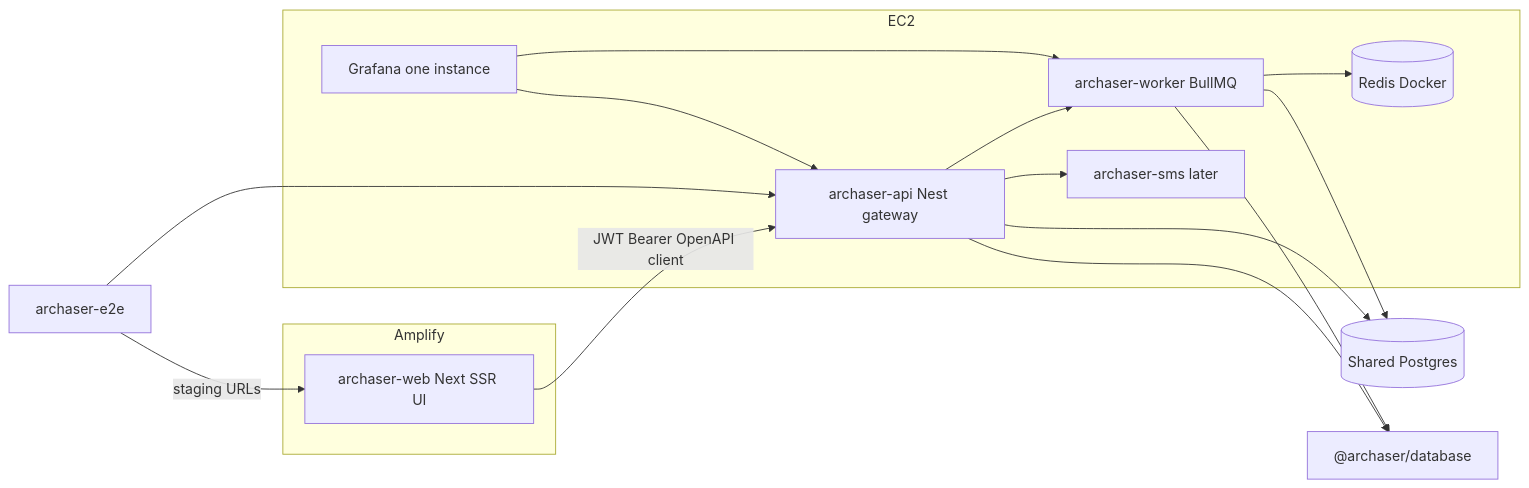
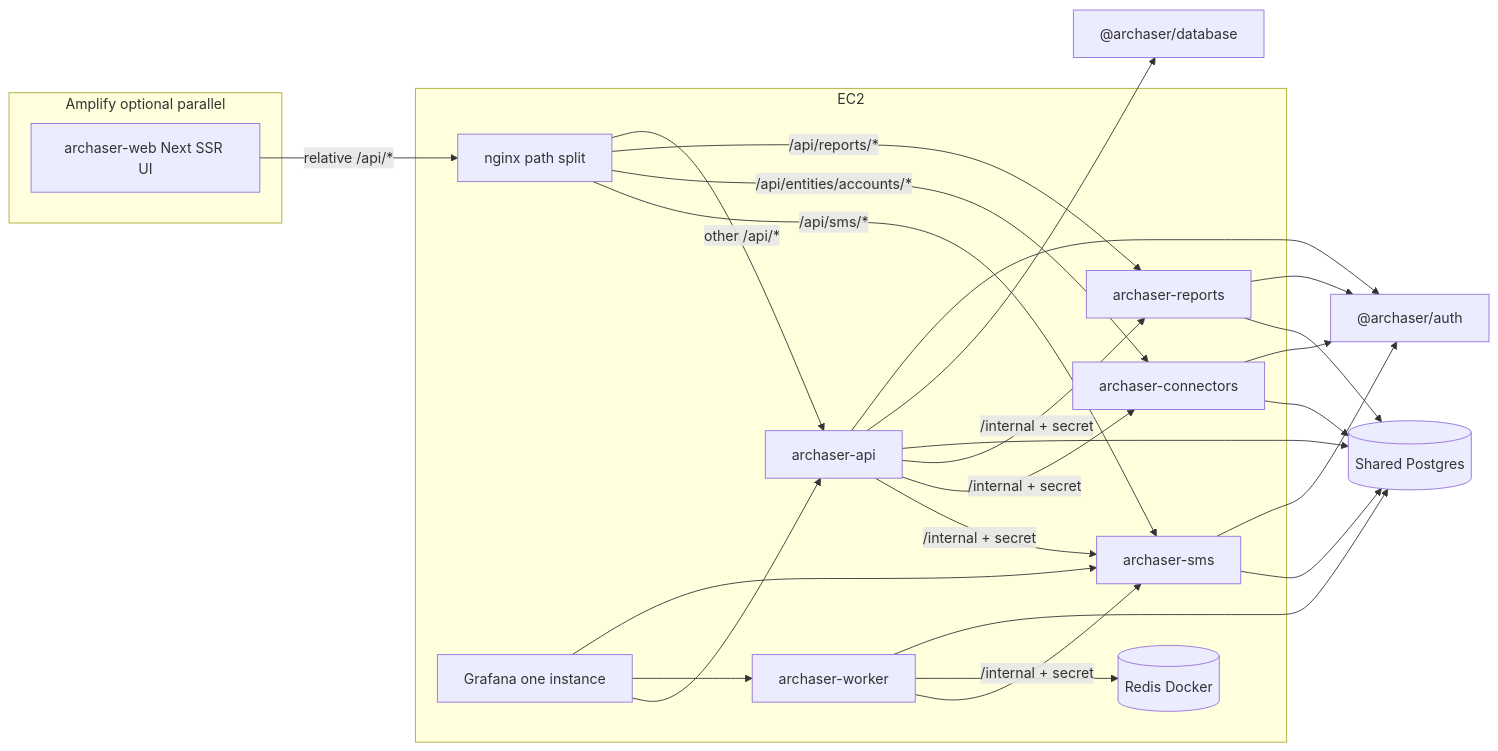
The diagram in .cursor/plans/nest_microservice_migration_a9cacddc.plan.md (archaser-support/archaser-backend), drawn with Mermaid before and after one commit. The commit also changed other lines of this file and 626 other files, not shown here.

First line of the commit message:
Add SMS and Connectors services to Docker configuration and update package dependencies

````diff
--- a/.cursor/plans/nest_microservice_migration_a9cacddc.plan.md
+++ b/.cursor/plans/nest_microservice_migration_a9cacddc.plan.md
@@ -36,28 +50,42 @@
 ```mermaid
 flowchart LR
-  subgraph amplify [Amplify]
+  subgraph amplify [Amplify optional parallel]
     Web[archaser-web Next SSR UI]
   end
   subgraph ec2 [EC2]
-    Api[archaser-api Nest gateway]
-    Worker[archaser-worker BullMQ]
-    Sms[archaser-sms later]
+    Nginx[nginx path split]
+    Api[archaser-api]
+    Worker[archaser-worker]
+    Sms[archaser-sms]
+    Conn[archaser-connectors]
+    Rep[archaser-reports]
     Redis[(Redis Docker)]
     Graf[Grafana one instance]
   end
   DB[(Shared Postgres)]
-  E2E[archaser-e2e]
-  Pkg["@archaser/database"]
-  Web -->|JWT Bearer OpenAPI client| Api
-  Api --> Worker
-  Api --> Sms
+  PkgDb["@archaser/database"]
+  PkgAuth["@archaser/auth"]
+  Web -->|relative /api/*| Nginx
+  Nginx -->|/api/sms/*| Sms
+  Nginx -->|/api/entities/accounts/*| Conn
+  Nginx -->|/api/reports/*| Rep
+  Nginx -->|other /api/*| Api
+  Api -->|/internal + secret| Sms
+  Api -->|/internal + secret| Conn
+  Api -->|/internal + secret| Rep
+  Worker -->|/internal + secret| Sms
+  Worker --> Redis
   Api --> DB
-  Worker --> Redis
   Worker --> DB
-  Api --> Pkg
-  Worker --> Pkg
-  E2E -->|staging URLs| Web
-  E2E --> Api
+  Sms --> DB
+  Conn --> DB
+  Rep --> DB
+  Api --> PkgDb
+  Api --> PkgAuth
+  Sms --> PkgAuth
+  Conn --> PkgAuth
+  Rep --> PkgAuth
   Graf --> Api
   Graf --> Worker
+  Graf --> Sms
 ```
````
